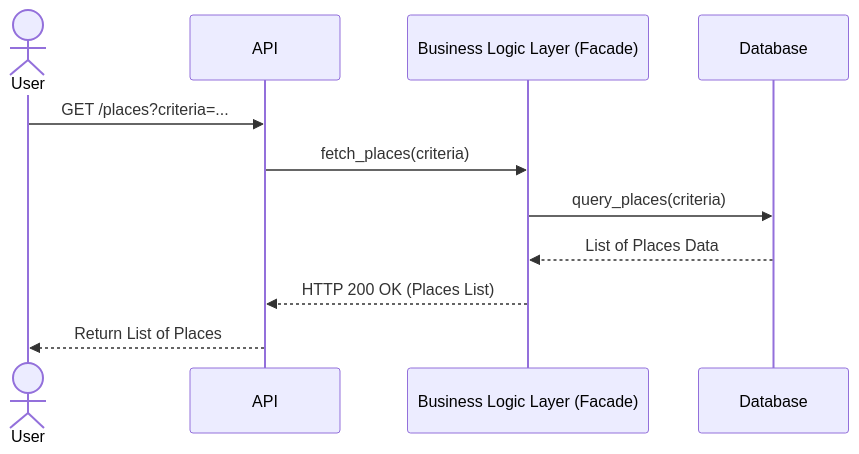
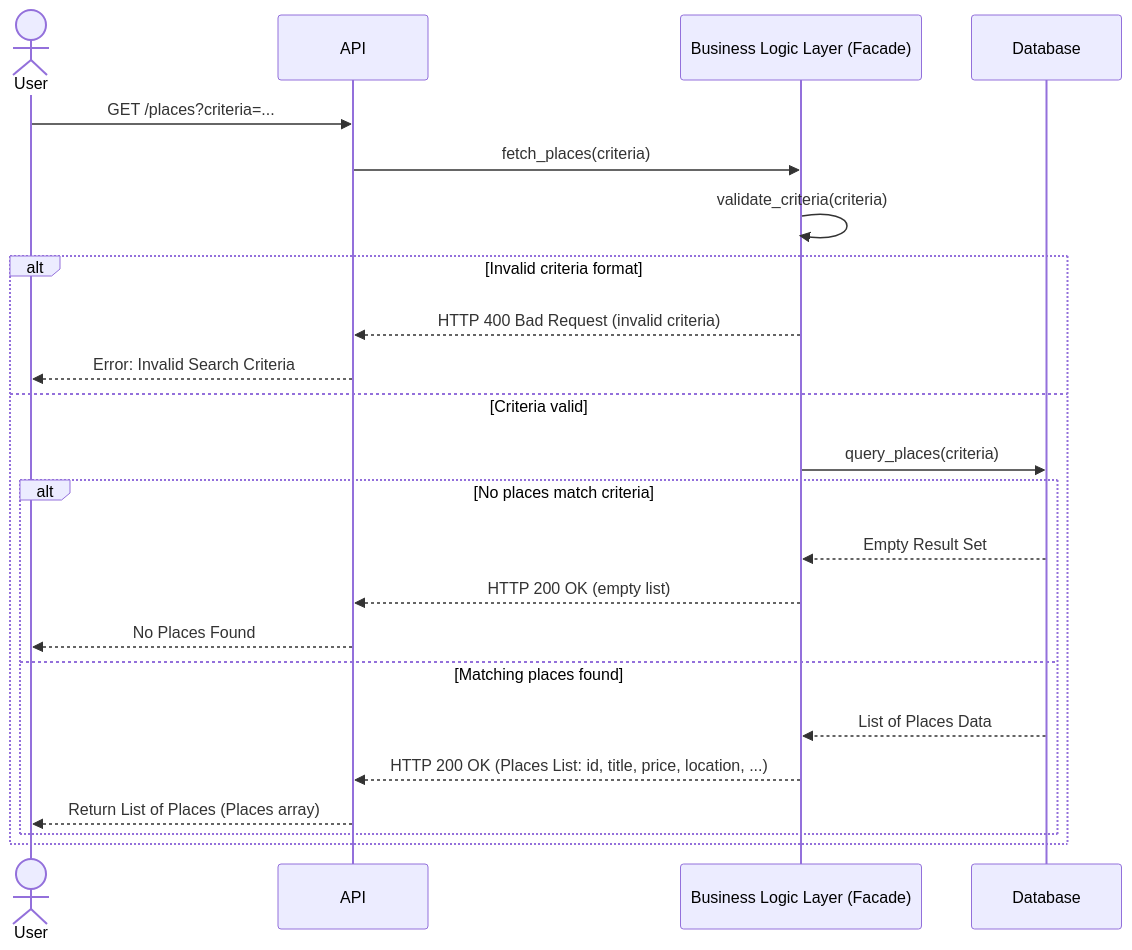
The sixth of 6 diagrams in part1/README.md (alzahra3ali-bit/holbertonschool-hbnb), drawn with Mermaid before and after one commit. The commit also changed other lines of this file, not shown here.

Commit message:
fix: facade modeling, password hashing, UUID4, and sequence diagram validations

````diff
--- a/part1/README.md
+++ b/part1/README.md
@@ -212,14 +293,25 @@
 ```mermaid
 sequenceDiagram
-    actor User
-    participant API
-    participant BusinessLogic as Business Logic Layer (Facade)
-    participant Database
-
-    User->>API: GET /places?criteria=...
-    API->>BusinessLogic: fetch_places(criteria)
+actor User
+participant API
+participant BusinessLogic as Business Logic Layer (Facade)
+participant Database
+User->>API: GET /places?criteria=...
+API->>BusinessLogic: fetch_places(criteria)
+BusinessLogic->>BusinessLogic: validate_criteria(criteria)
+alt Invalid criteria format
+    BusinessLogic-->>API: HTTP 400 Bad Request (invalid criteria)
+    API-->>User: Error: Invalid Search Criteria
+else Criteria valid
     BusinessLogic->>Database: query_places(criteria)
-    Database-->>BusinessLogic: List of Places Data
-    BusinessLogic-->>API: HTTP 200 OK (Places List)
-    API-->>User: Return List of Places
+    alt No places match criteria
+        Database-->>BusinessLogic: Empty Result Set
+        BusinessLogic-->>API: HTTP 200 OK (empty list)
+        API-->>User: No Places Found
+    else Matching places found
+        Database-->>BusinessLogic: List of Places Data
+        BusinessLogic-->>API: HTTP 200 OK (Places List: id, title, price, location, ...)
+        API-->>User: Return List of Places (Places array)
+    end
+end
 ```
````
